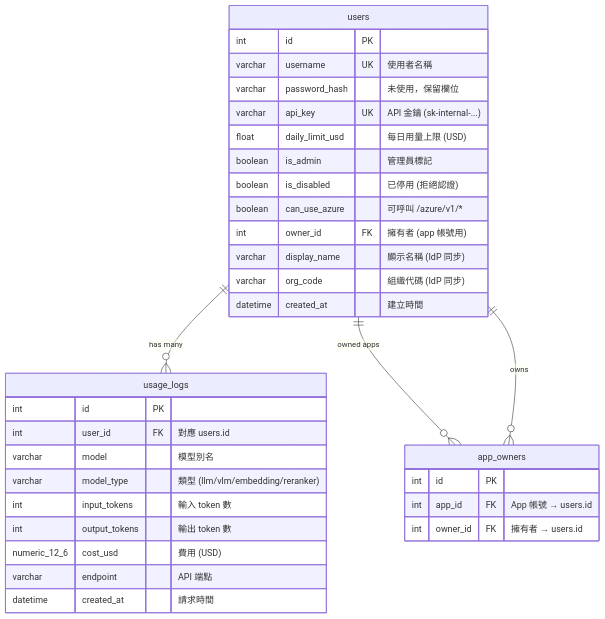
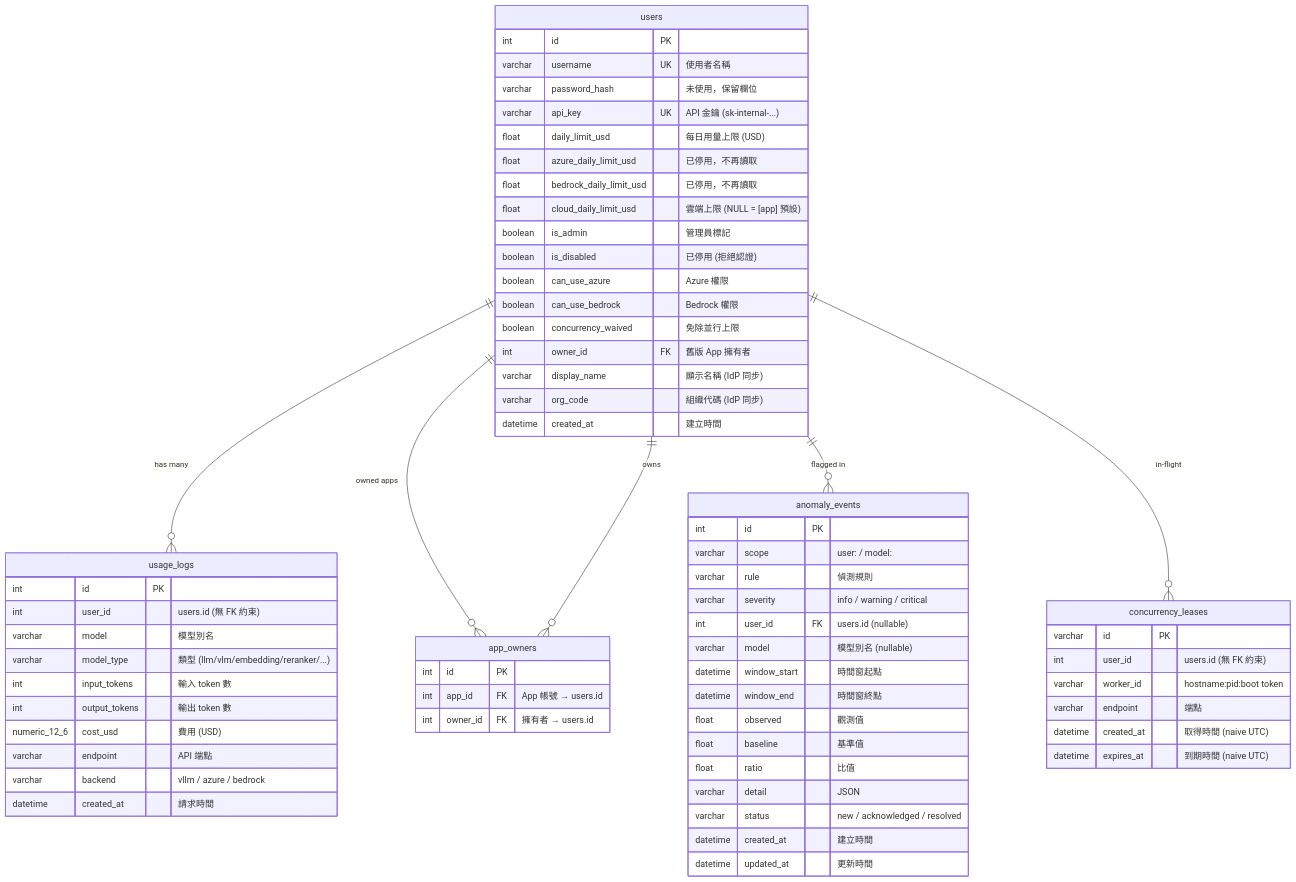
One commit to bwinken/llm-gateway changed the diagram in alembic/README.zh-TW.md. Above: the diagram before and after it, drawn with Mermaid. The commit also changed other lines of this file and 6 other files, not shown here.

````diff
--- a/alembic/README.zh-TW.md
+++ b/alembic/README.zh-TW.md
@@ -80,39 +95,74 @@
 ```mermaid
 erDiagram
     users {
         int id PK
         varchar username UK "使用者名稱"
         varchar password_hash "未使用，保留欄位"
         varchar api_key UK "API 金鑰 (sk-internal-...)"
         float daily_limit_usd "每日用量上限 (USD)"
+        float azure_daily_limit_usd "已停用，不再讀取"
+        float bedrock_daily_limit_usd "已停用，不再讀取"
+        float cloud_daily_limit_usd "雲端上限 (NULL = [app] 預設)"
         boolean is_admin "管理員標記"
         boolean is_disabled "已停用 (拒絕認證)"
-        boolean can_use_azure "可呼叫 /azure/v1/*"
-        int owner_id FK "擁有者 (app 帳號用)"
+        boolean can_use_azure "Azure 權限"
+        boolean can_use_bedrock "Bedrock 權限"
+        boolean concurrency_waived "免除並行上限"
+        int owner_id FK "舊版 App 擁有者"
         varchar display_name "顯示名稱 (IdP 同步)"
         varchar org_code "組織代碼 (IdP 同步)"
         datetime created_at "建立時間"
     }
 
     usage_logs {
         int id PK
-        int user_id FK "對應 users.id"
+        int user_id "users.id (無 FK 約束)"
         varchar model "模型別名"
-        varchar model_type "類型 (llm/vlm/embedding/reranker)"
+        varchar model_type "類型 (llm/vlm/embedding/reranker/...)"
         int input_tokens "輸入 token 數"
         int output_tokens "輸出 token 數"
         numeric_12_6 cost_usd "費用 (USD)"
         varchar endpoint "API 端點"
+        varchar backend "vllm / azure / bedrock"
         datetime created_at "請求時間"
     }
 
     app_owners {
         int id PK
         int app_id FK "App 帳號 → users.id"
         int owner_id FK "擁有者 → users.id"
     }
 
+    anomaly_events {
+        int id PK
+        varchar scope "user:<id> / model:<alias>"
+        varchar rule "偵測規則"
+        varchar severity "info / warning / critical"
+        int user_id FK "users.id (nullable)"
+        varchar model "模型別名 (nullable)"
+        datetime window_start "時間窗起點"
+        datetime window_end "時間窗終點"
+        float observed "觀測值"
+        float baseline "基準值"
+        float ratio "比值"
+        varchar detail "JSON"
+        varchar status "new / acknowledged / resolved"
+        datetime created_at "建立時間"
+        datetime updated_at "更新時間"
+    }
+
+    concurrency_leases {
+        varchar id PK
+        int user_id "users.id (無 FK 約束)"
+        varchar worker_id "hostname:pid:boot token"
+        varchar endpoint "端點"
+        datetime created_at "取得時間 (naive UTC)"
+        datetime expires_at "到期時間 (naive UTC)"
+    }
+
     users ||--o{ usage_logs : "has many"
     users ||--o{ app_owners : "owned apps"
     users ||--o{ app_owners : "owns"
+    users ||--o{ anomaly_events : "flagged in"
+    users ||--o{ concurrency_leases : "in-flight"
 ```
````
